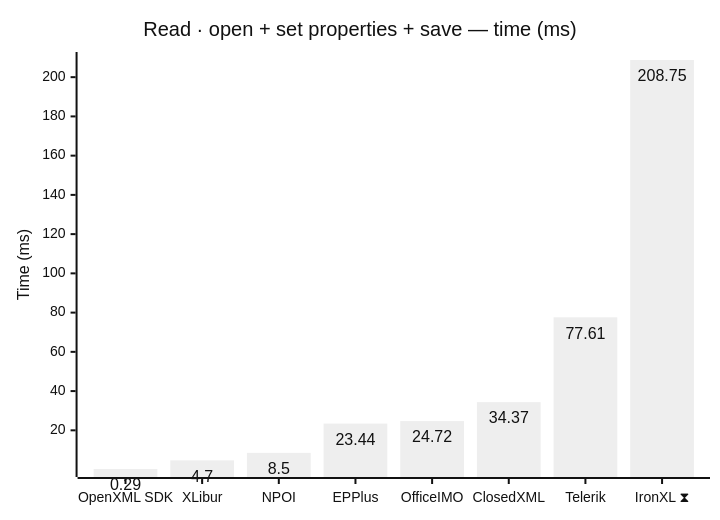
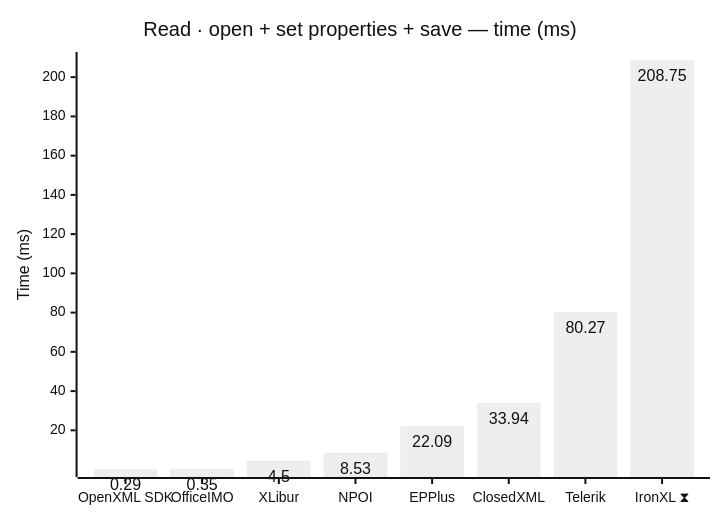
One commit to jafin/XLBench changed the first of 18 diagrams in docs/results.md. Above: the diagram before and after it, drawn with Mermaid (neutral theme). The commit also changed other lines of this file and 2 other files, not shown here.

First line of the commit message:
Publish full-fidelity results for OfficeIMO 3.6.2, MiniExcel 2.0.0, XLibur 0.900.0, EPPlus 8.7.3 and Telerik 2026.4.1127

````diff
--- a/docs/results.md
+++ b/docs/results.md
@@ -42,12 +42,12 @@
 ```mermaid
 ---
 config:
   xyChart:
     showDataLabel: true
 ---
 xychart-beta
     title "Read · open + set properties + save — time (ms)"
-    x-axis ["OpenXML SDK", "XLibur", "NPOI", "EPPlus", "OfficeIMO", "ClosedXML", "Telerik", "IronXL ⧗"]
+    x-axis ["OpenXML SDK", "OfficeIMO", "XLibur", "NPOI", "EPPlus", "ClosedXML", "Telerik", "IronXL ⧗"]
     y-axis "Time (ms)"
-    bar [0.29, 4.7, 8.5, 23.44, 24.72, 34.37, 77.61, 208.75]
+    bar [0.29, 0.35, 4.5, 8.53, 22.09, 33.94, 80.27, 208.75]
 ```
````
